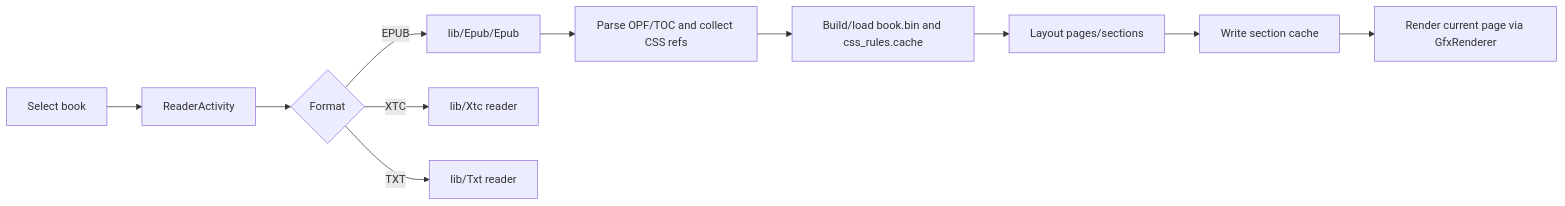
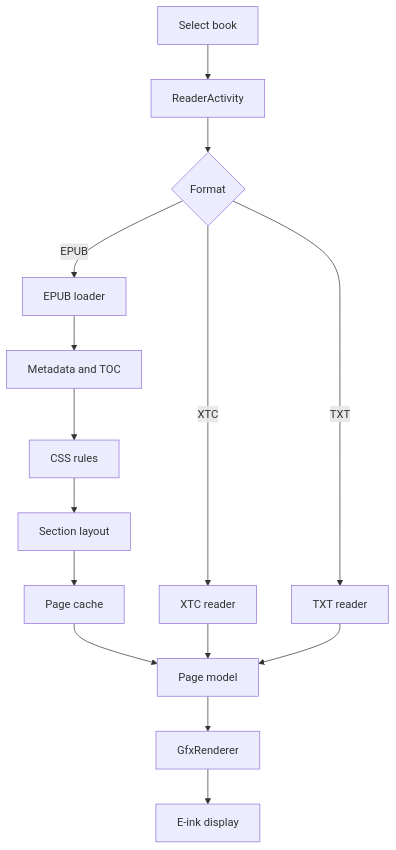
Before and after one commit to PIP3/CrossInk-Bookorbit: the third of 4 diagrams in docs/contributing/architecture.md, drawn with Mermaid. The commit also changed other lines of this file and 16 other files, not shown here.

````diff
--- a/docs/contributing/architecture.md
+++ b/docs/contributing/architecture.md
@@ -70,13 +70,19 @@
 ```mermaid
-flowchart LR
+flowchart TD
     A[Select book] --> B[ReaderActivity]
     B --> C{Format}
-    C -->|EPUB| D[lib/Epub/Epub]
-    C -->|XTC| E[lib/Xtc reader]
-    C -->|TXT| F[lib/Txt reader]
-    D --> G[Parse OPF/TOC and collect CSS refs]
-    G --> H[Build/load book.bin and css_rules.cache]
-    H --> I[Layout pages/sections]
-    I --> J[Write section cache]
-    J --> K[Render current page via GfxRenderer]
+    C -->|EPUB| D[EPUB loader]
+    C -->|XTC| X[XTC reader]
+    C -->|TXT| T[TXT reader]
+
+    D --> E[Metadata and TOC]
+    E --> F[CSS rules]
+    F --> G[Section layout]
+    G --> H[Page cache]
+    H --> I[Page model]
+    I --> J[GfxRenderer]
+    J --> K[E-ink display]
+
+    X --> I
+    T --> I
 ```
````
